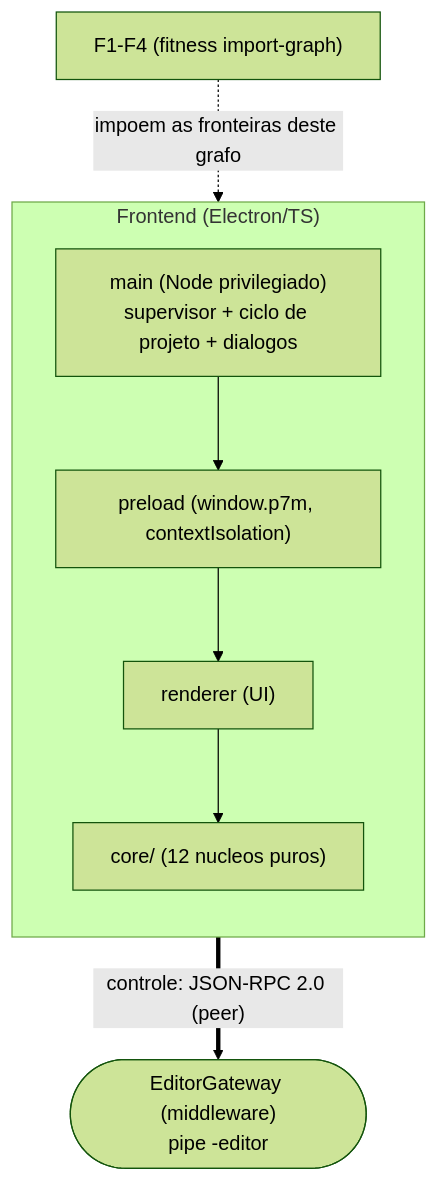
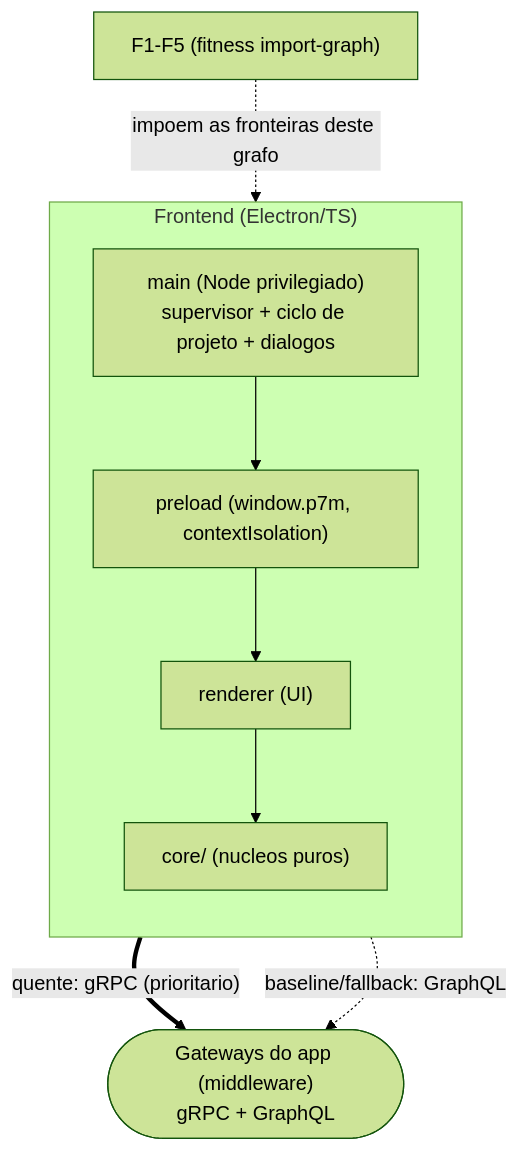
Before and after one commit to flaviotinococoutinho/Gridsmith: the first of 4 diagrams in frontend/README.md, drawn with Mermaid (forest theme). The commit also changed other lines of this file and 49 other files, not shown here.

````diff
--- a/frontend/README.md
+++ b/frontend/README.md
@@ -22,16 +27,17 @@
 ```mermaid
 graph TD
   subgraph FE["Frontend (Electron/TS)"]
     direction TB
     FEmain["main (Node privilegiado)<br/>supervisor + ciclo de projeto + dialogos"]
     FEpre["preload (window.p7m, contextIsolation)"]
     FErnd["renderer (UI)"]
-    FEcore["core/ (12 nucleos puros)"]
+    FEcore["core/ (nucleos puros)"]
     FEmain --> FEpre
     FEpre --> FErnd
     FErnd --> FEcore
   end
-  GW(["EditorGateway (middleware)<br/>pipe -editor"])
-  FEmain == "controle: JSON-RPC 2.0 (peer)" ==> GW
-  F["F1-F4 (fitness import-graph)"] -. "impoem as fronteiras deste grafo" .-> FE
+  GW(["Gateways do app (middleware)<br/>gRPC + GraphQL"])
+  FEmain == "quente: gRPC (prioritario)" ==> GW
+  FEmain -. "baseline/fallback: GraphQL" .-> GW
+  F["F1-F5 (fitness import-graph)"] -. "impoem as fronteiras deste grafo" .-> FE
 ```
````
